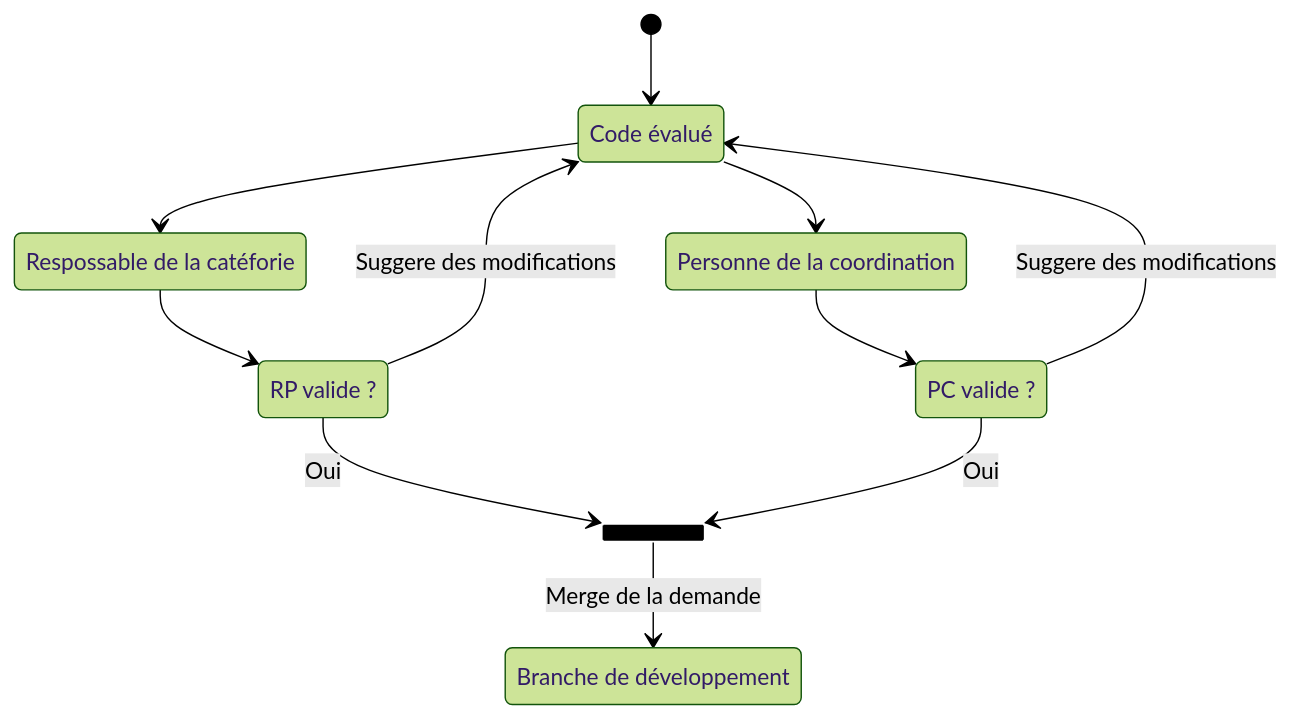
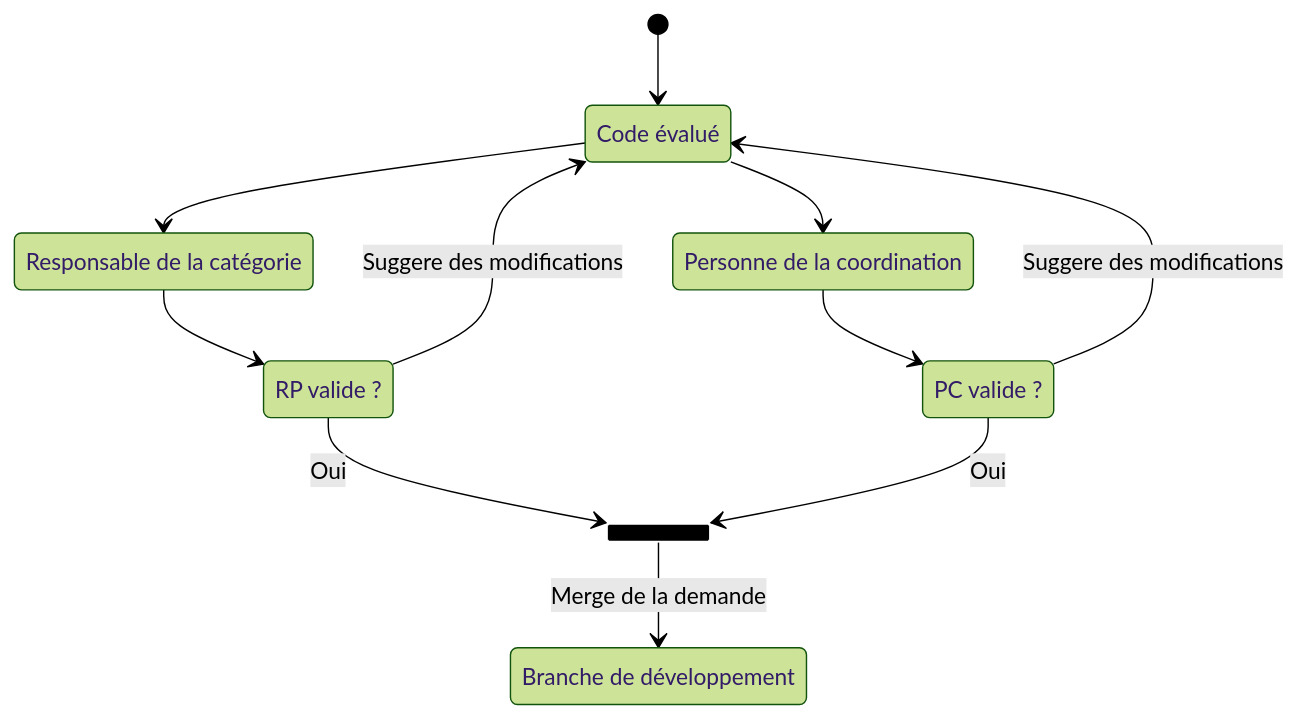
The diagram in docs/contribute/pull-request.md (PapillonApp/docs), drawn with Mermaid (forest theme) before and after one commit.

Commit message:
Corrections de fautes

````diff
--- a/docs/contribute/pull-request.md
+++ b/docs/contribute/pull-request.md
@@ -16,27 +16,27 @@
 ``` mermaid
 stateDiagram-v2
     CE : Code évalué
-    RP : Respossable de la catéforie
+    RP : Responsable de la catégorie
     PCV : PC valide ?
     RPV : RP valide ?
     PC : Personne de la coordination
     BD : Branche de développement
 
 state PCV <<choice>>
 state RPV <<choice>>
 state join_state <<join>>
 
     [*] --> CE
 
     CE --> RP
     RP --> RPV
     RPV --> join_state : Oui
     RPV --> CE : Suggere des modifications
 
     CE  --> PC
     PC --> PCV
     PCV --> join_state : Oui
     PCV --> CE : Suggere des modifications
 
     join_state -->BD : Merge de la demande
 ```
````
